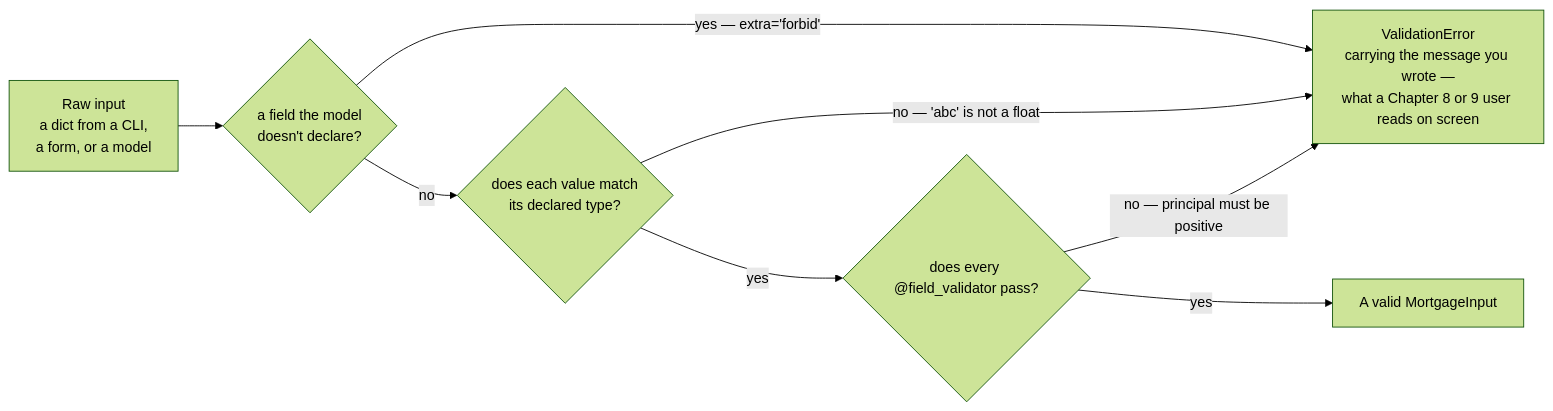
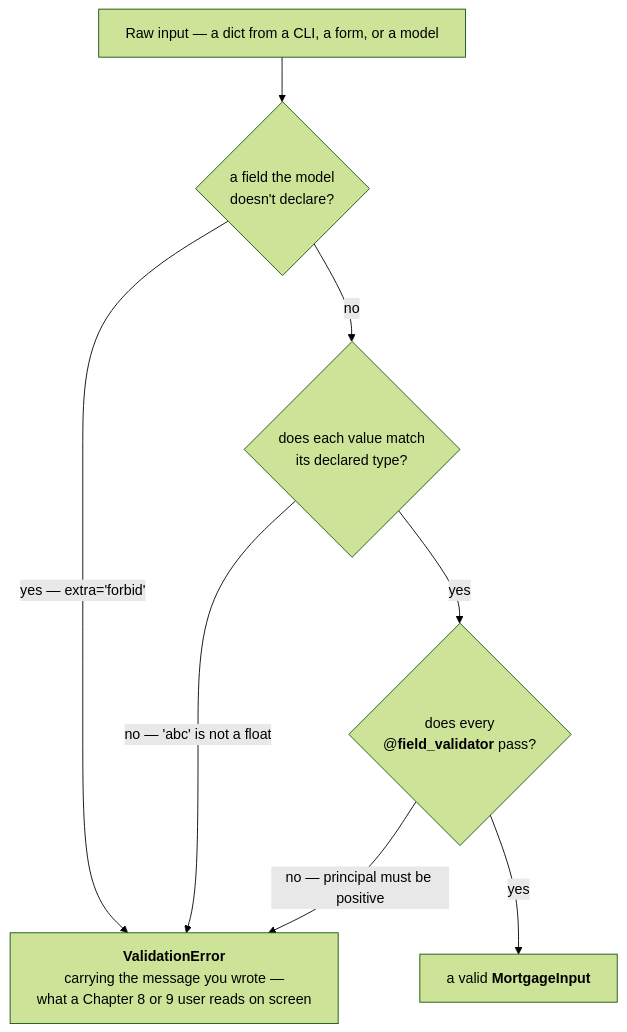
The first of 2 diagrams in manuscript/08-validation.md (rioffe/intro_to_ai_software_engineering), drawn with Mermaid (forest theme) before and after one commit. The commit also changed other lines of this file and 17 other files, not shown here.

First line of the commit message:
Diagram readability pass, and keep diagrams with their intro sentence

````diff
--- a/manuscript/08-validation.md
+++ b/manuscript/08-validation.md
@@ -147,11 +147,16 @@
 ```mermaid
-flowchart LR
-    RAW["Raw input<br/>a dict from a CLI,<br/>a form, or a model"]
+---
+config:
+  flowchart:
+    wrappingWidth: 420
+---
+flowchart TD
+    RAW["Raw input — a dict from a CLI, a form, or a model"]
     RAW --> X{"a field the model<br/>doesn't declare?"}
-    X -->|"yes — extra='forbid'"| ERR["ValidationError<br/>carrying the message you wrote —<br/>what a Chapter 8 or 9 user reads on screen"]
+    X -->|"yes — extra='forbid'"| ERR["<b>ValidationError</b><br/>carrying the message you wrote —<br/>what a Chapter 8 or 9 user reads on screen"]
     X -->|"no"| T{"does each value match<br/>its declared type?"}
     T -->|"no — 'abc' is not a float"| ERR
-    T -->|"yes"| V{"does every @field_validator pass?"}
+    T -->|"yes"| V{"does every<br/>@<b>field_validator</b> pass?"}
     V -->|"no — principal must be positive"| ERR
-    V -->|"yes"| OK["A valid MortgageInput"]
+    V -->|"yes"| OK["a valid <b>MortgageInput</b>"]
 ```
````
